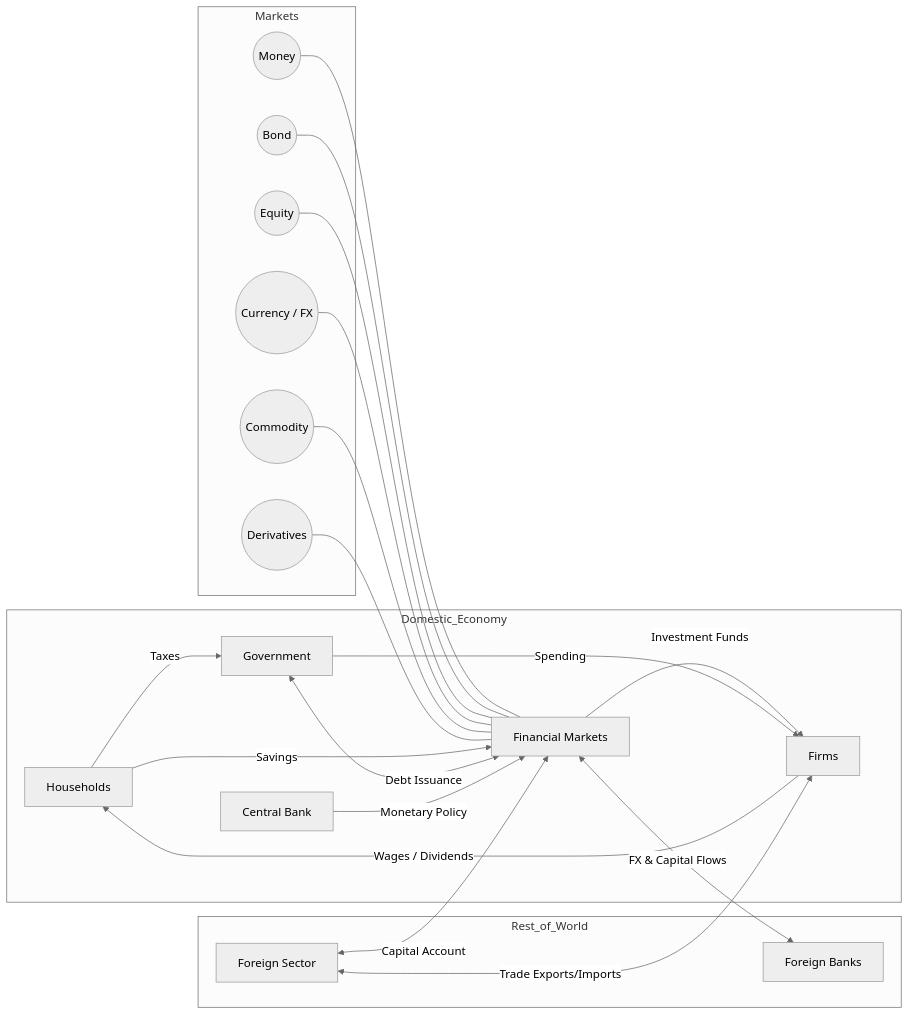
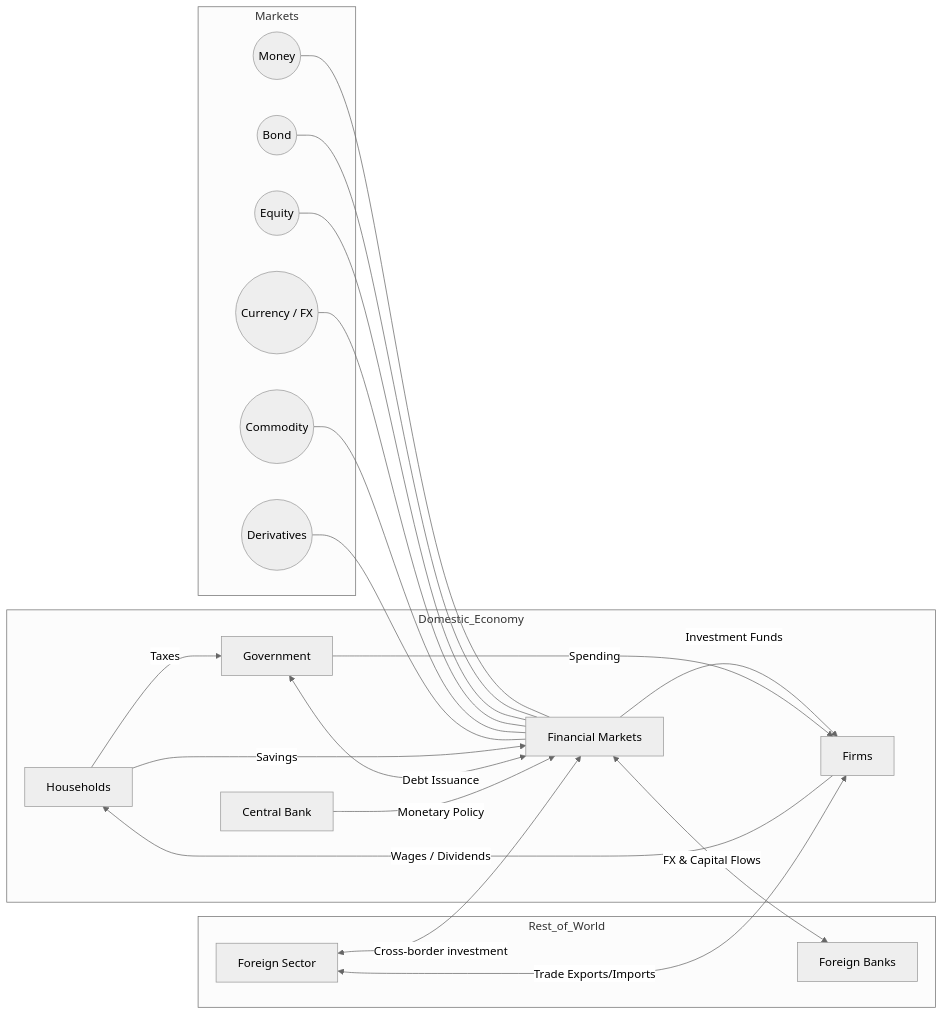
Before and after one commit to aarnphm/aarnphm.github.io: the diagram in content/thoughts/university/twenty-five-twenty-six/commerce-3fi3/financial market.md, drawn with Mermaid (neutral theme). The commit also changed other lines of this file and 66 other files, not shown here.

````diff
--- a/content/thoughts/university/twenty-five-twenty-six/commerce-3fi3/financial market.md
+++ b/content/thoughts/university/twenty-five-twenty-six/commerce-3fi3/financial market.md
@@ -28,43 +19,43 @@
 ```mermaid
 flowchart LR
   subgraph Domestic_Economy
     H[Households]
     F[Firms]
     G[Government]
     FM[Financial Markets]
     CB[Central Bank]
   end
 
   subgraph Rest_of_World
     ROW[Foreign Sector]
     FB[Foreign Banks]
   end
 
   subgraph Markets
     Mny((Money))
     Bnd((Bond))
     Eq((Equity))
     FX((Currency / FX))
     Cmd((Commodity))
     Der((Derivatives))
   end
 
   Mny --- FM
   Bnd --- FM
   Eq  --- FM
   FX  --- FM
   Cmd --- FM
   Der --- FM
 
   H -->|Savings| FM
   FM -->|Investment Funds| F
   F -->|Wages / Dividends| H
   H -->|Taxes| G
   G -->|Spending| F
   G <-->|Debt Issuance| FM
   CB -->|Monetary Policy| FM
 
   FM <-->|FX & Capital Flows| FB
   ROW <-->|Trade Exports/Imports| F
-  ROW <-->|Capital Account| FM
+  ROW <-->|Cross-border investment| FM
 ```
````
